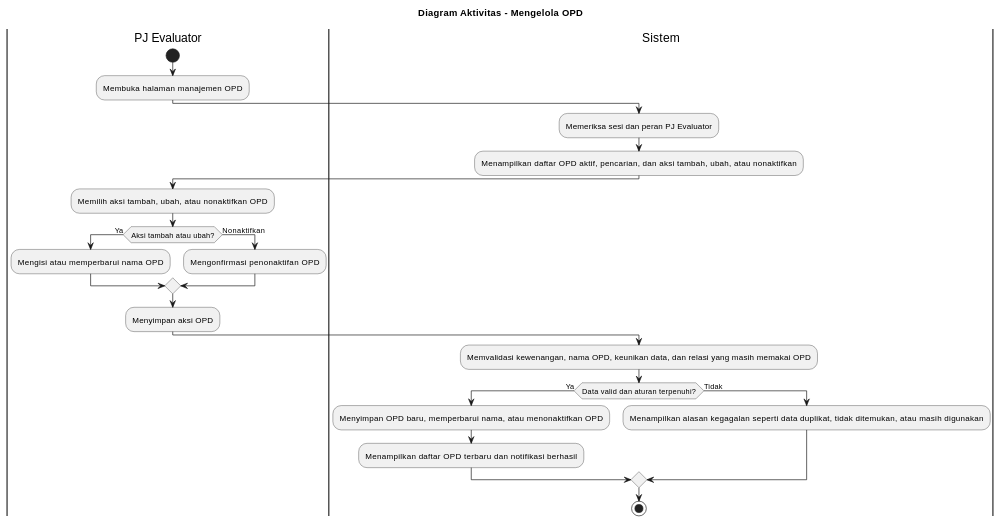
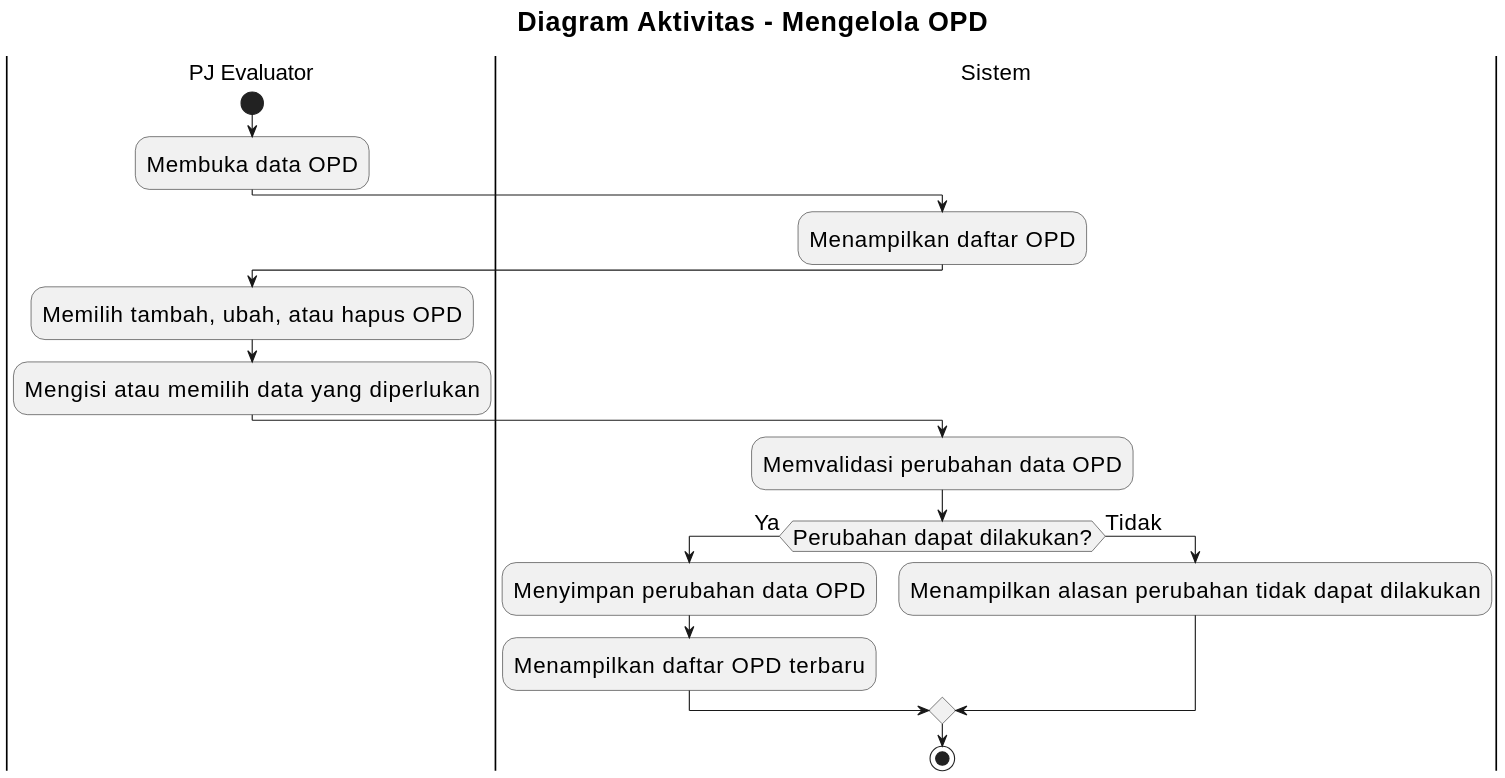
The diagram in docs/activity-diagram/lampiran/pj-evaluator-mengelola-opd.md (howlil/sop-generate-app), drawn with PlantUML before and after one commit. The commit also changed other lines of this file and 20 other files, not shown here.

Commit message:
docs(activity): align all activity diagrams with use cases

````diff
--- a/docs/activity-diagram/lampiran/pj-evaluator-mengelola-opd.md
+++ b/docs/activity-diagram/lampiran/pj-evaluator-mengelola-opd.md
@@ -16,36 +16,33 @@
 ```plantuml
 @startuml
+skinparam defaultFontSize 20
+skinparam titleFontSize 24
+skinparam dpi 160
+
 title Diagram Aktivitas - Mengelola OPD
 
 |PJ Evaluator|
 start
-:Membuka halaman manajemen OPD;
+:Membuka data OPD;
 
 |Sistem|
-:Memeriksa sesi dan peran PJ Evaluator;
-:Menampilkan daftar OPD aktif, pencarian, dan aksi tambah, ubah, atau nonaktifkan;
+:Menampilkan daftar OPD;
 
 |PJ Evaluator|
-:Memilih aksi tambah, ubah, atau nonaktifkan OPD;
-
-if (Aksi tambah atau ubah?) then (Ya)
-  :Mengisi atau memperbarui nama OPD;
-else (Nonaktifkan)
-  :Mengonfirmasi penonaktifan OPD;
-endif
-
-:Menyimpan aksi OPD;
+:Memilih tambah, ubah, atau hapus OPD;
+:Mengisi atau memilih data yang diperlukan;
 
 |Sistem|
-:Memvalidasi kewenangan, nama OPD, keunikan data, dan relasi yang masih memakai OPD;
+:Memvalidasi perubahan data OPD;
 
-if (Data valid dan aturan terpenuhi?) then (Ya)
-  :Menyimpan OPD baru, memperbarui nama, atau menonaktifkan OPD;
-  :Menampilkan daftar OPD terbaru dan notifikasi berhasil;
+if (Perubahan dapat dilakukan?) then (Ya)
+  :Menyimpan perubahan data OPD;
+  :Menampilkan daftar OPD terbaru;
 else (Tidak)
-  :Menampilkan alasan kegagalan seperti data duplikat, tidak ditemukan, atau masih digunakan;
+  :Menampilkan alasan perubahan tidak dapat dilakukan;
 endif
 
 stop
+
 @enduml
 ```
````
